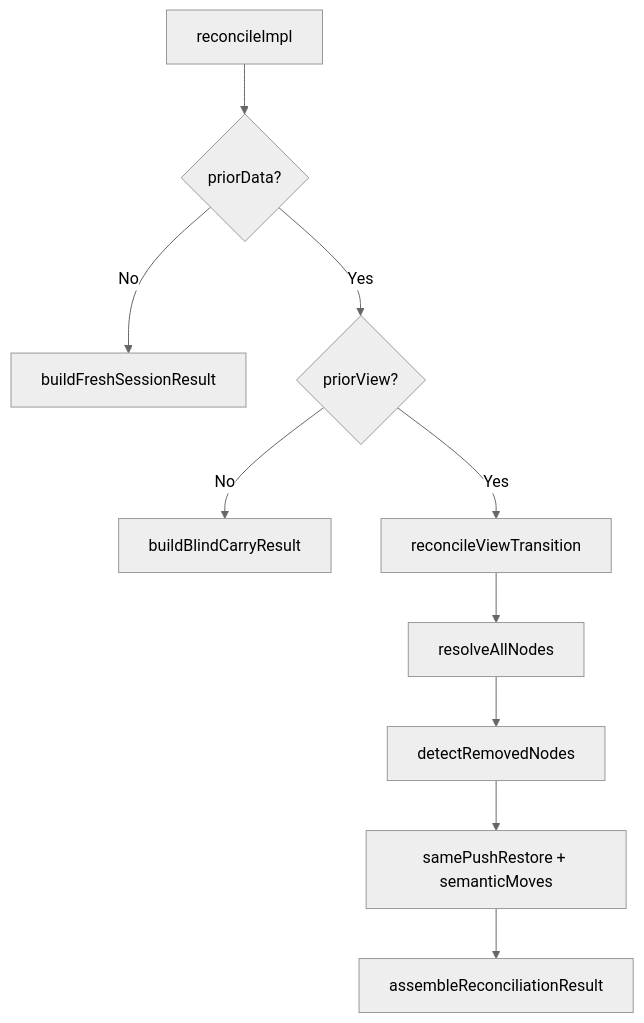
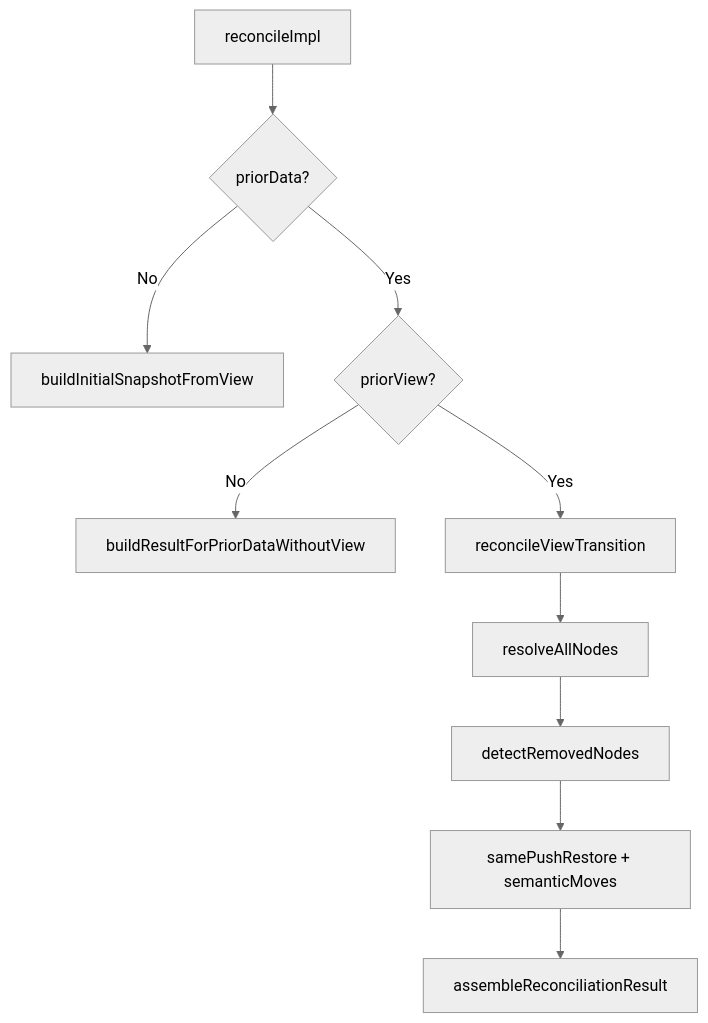
Before and after one commit to brytoncooper/continuum-dev: the first of 3 diagrams in packages/runtime/src/lib/reconciliation/result-builder/README.md, drawn with Mermaid (neutral theme). The commit also changed other lines of this file and 26 other files, not shown here.

````diff
--- a/packages/runtime/src/lib/reconciliation/result-builder/README.md
+++ b/packages/runtime/src/lib/reconciliation/result-builder/README.md
@@ -40,12 +40,12 @@
 ```mermaid
 flowchart TD
   reconcile["reconcileImpl"] --> hasPriorData{"priorData?"}
-  hasPriorData -->|No| fresh["buildFreshSessionResult"]
+  hasPriorData -->|No| fresh["buildInitialSnapshotFromView"]
   hasPriorData -->|Yes| hasPriorView{"priorView?"}
-  hasPriorView -->|No| blind["buildBlindCarryResult"]
+  hasPriorView -->|No| blind["buildResultForPriorDataWithoutView"]
   hasPriorView -->|Yes| transition["reconcileViewTransition"]
   transition --> resolveAll["resolveAllNodes"]
   resolveAll --> detectRemoved["detectRemovedNodes"]
   detectRemoved --> postStages["samePushRestore + semanticMoves"]
   postStages --> assemble["assembleReconciliationResult"]
 ```
````
